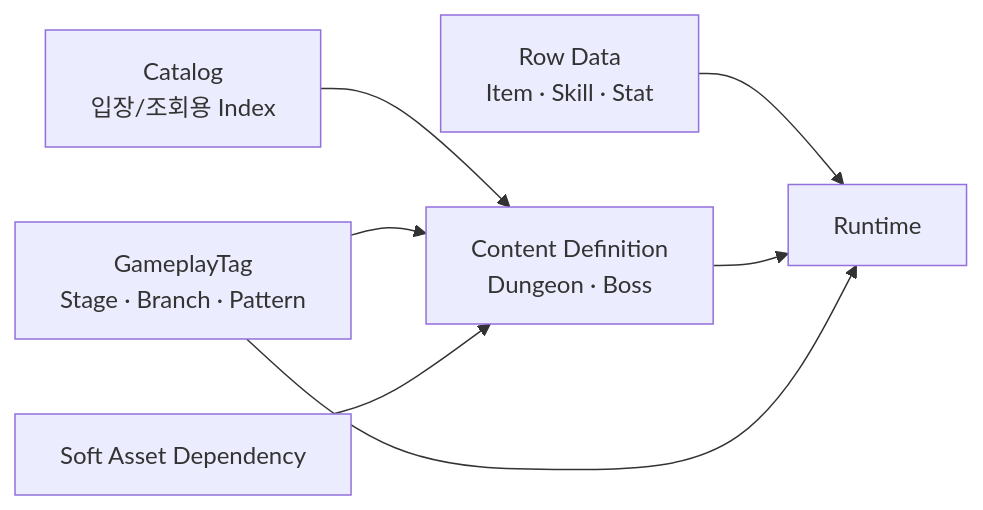
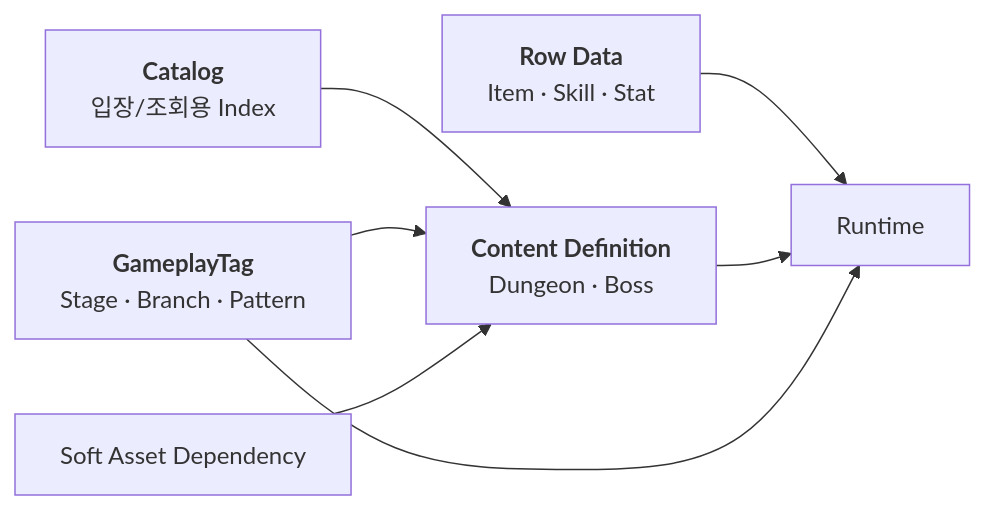
Before and after one commit to chungheonLee0325/Sonheim: the diagram in Doc/Wiki/03_Data_Content_Architecture.md, drawn with Mermaid. The commit also changed other lines of this file, not shown here.

Commit message:
docs: standardize diagram labels and ui document title

```diff
--- a/Doc/Wiki/03_Data_Content_Architecture.md
+++ b/Doc/Wiki/03_Data_Content_Architecture.md
@@ -20,16 +20,16 @@
 ~~~mermaid
 flowchart LR
-    ROW["Row Data<br/>Item · Skill · Stat"]
-    CATALOG["Catalog<br/>입장/조회용 Index"]
-    DEF["Content Definition<br/>Dungeon · Boss"]
-    TAG["GameplayTag<br/>Stage · Branch · Pattern"]
+    ROW["<b>Row Data</b><br/>Item · Skill · Stat"]
+    CATALOG["<b>Catalog</b><br/>입장/조회용 Index"]
+    DEF["<b>Content Definition</b><br/>Dungeon · Boss"]
+    TAG["<b>GameplayTag</b><br/>Stage · Branch · Pattern"]
     SOFT["Soft Asset Dependency"]
     RUNTIME["Runtime"]
 
     ROW --> RUNTIME
     CATALOG --> DEF
     DEF --> RUNTIME
     TAG --> DEF
     TAG --> RUNTIME
     SOFT --> DEF
 ~~~
```
